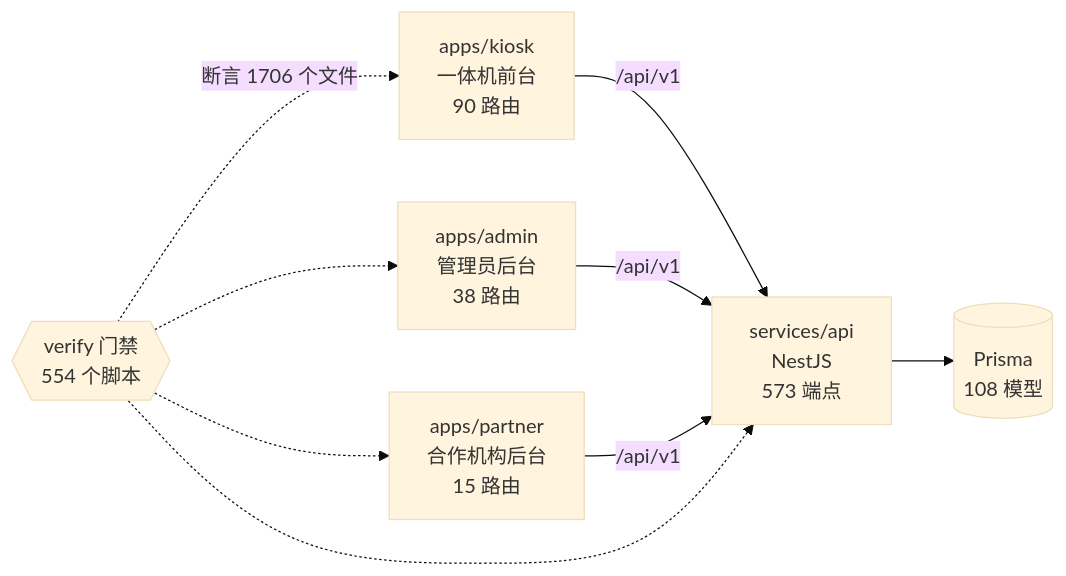
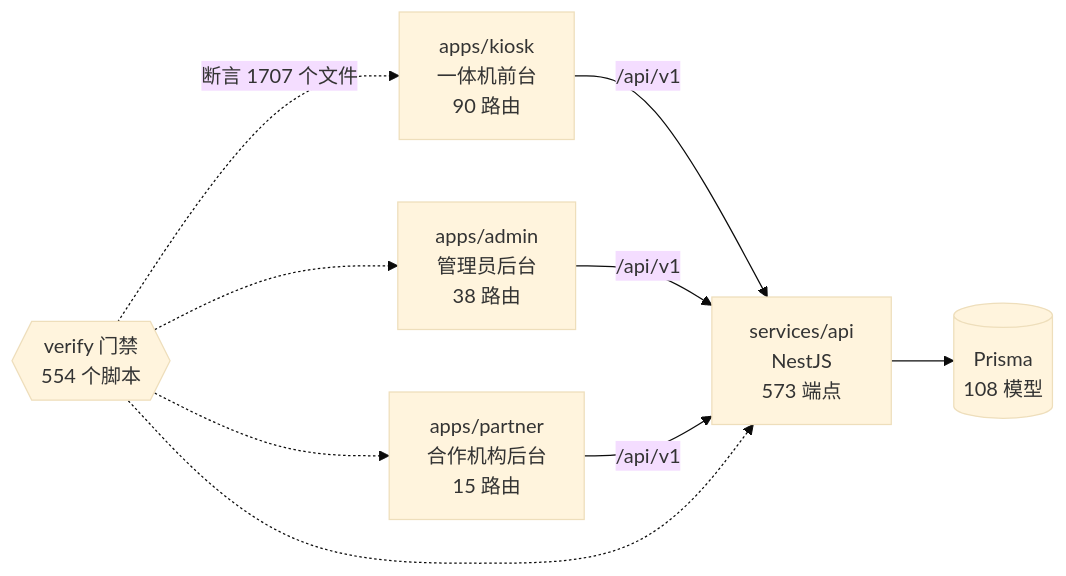
Before and after one commit to wanglei581/YITIJI: the diagram in docs/graph/README.md, drawn with Mermaid (base theme). The commit also changed other lines of this file and 2 other files, not shown here.

Commit message:
chore(graph): 把打印领取闸门补进门禁图
上一份图谱在新文件尚未进入 git 索引时生成，漏了 verify-print-queue-residue 对 print-dispatch-gate 的边。

````diff
--- a/docs/graph/README.md
+++ b/docs/graph/README.md
@@ -68,18 +68,18 @@
 ```mermaid
 flowchart LR
   kiosk["apps/kiosk<br/>一体机前台<br/>90 路由"]
   admin["apps/admin<br/>管理员后台<br/>38 路由"]
   partner["apps/partner<br/>合作机构后台<br/>15 路由"]
   api["services/api<br/>NestJS<br/>573 端点"]
   db[("Prisma<br/>108 模型")]
   gates{{"verify 门禁<br/>554 个脚本"}}
 
   kiosk -->|"/api/v1"| api
   admin -->|"/api/v1"| api
   partner -->|"/api/v1"| api
   api --> db
-  gates -.->|"断言 1706 个文件"| kiosk
+  gates -.->|"断言 1707 个文件"| kiosk
   gates -.-> admin
   gates -.-> partner
   gates -.-> api
 ```
````
